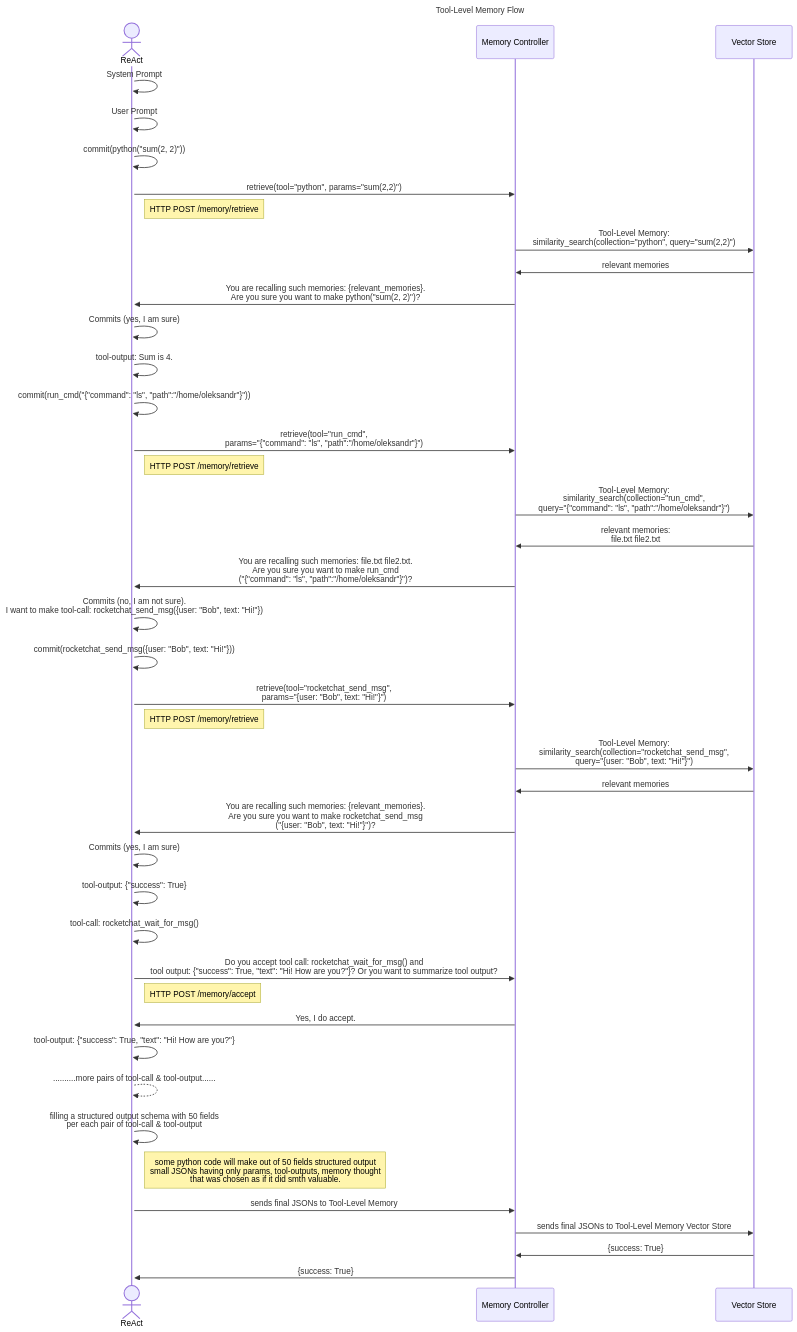
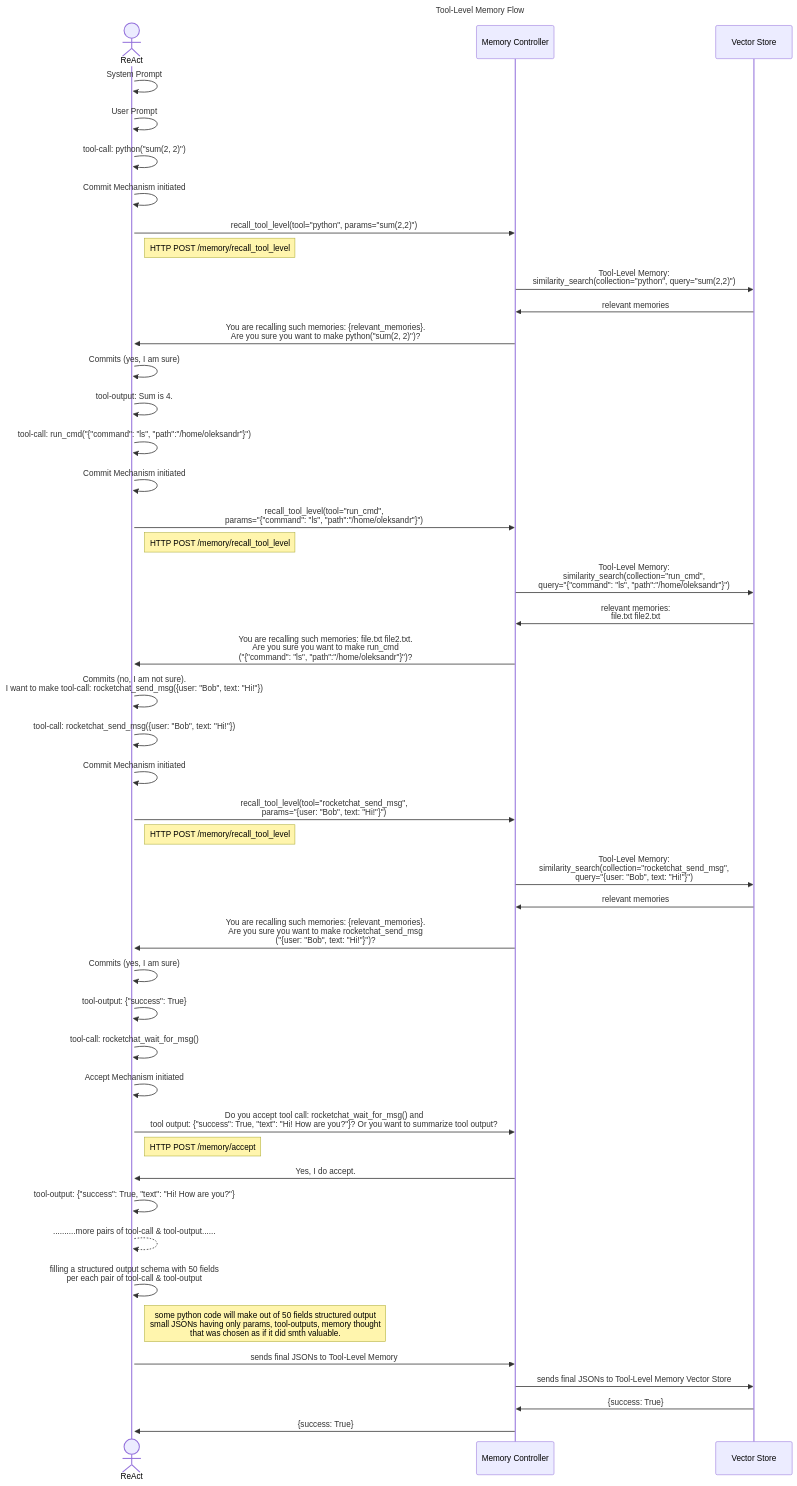
Before and after one commit to oshulha/agentic_playground: the diagram in agent_memory/my_memory_spec.md, drawn with Mermaid. The commit also changed other lines of this file and 1 other file, not shown here.

Commit message:
Intermediate Changes In Tool-Level Memory

````diff
--- a/agent_memory/my_memory_spec.md
+++ b/agent_memory/my_memory_spec.md
@@ -8,76 +195,81 @@
 ```mermaid
 %%{init: {'themeVariables': { 
     'fontSize': '28px',
     'sequenceNumberFontSize': '28px',
 }}}%%
 sequenceDiagram
     title Tool-Level Memory Flow
 
     actor ReAct
     participant MC as Memory Controller
     participant VS as Vector Store
 
     activate ReAct
 
     ReAct->>ReAct: System Prompt
     ReAct->>ReAct: User Prompt
-    ReAct->>ReAct: commit(python("sum(2, 2)"))
+    ReAct->>ReAct: tool-call: python("sum(2, 2)")
+    ReAct->>ReAct: Commit Mechanism initiated
 
-    ReAct->>MC: retrieve(tool="python", params="sum(2,2)")
-    Note right of ReAct: HTTP POST /memory/retrieve
+    ReAct->>MC: recall_tool_level(tool="python", params="sum(2,2)")
+    Note right of ReAct: HTTP POST /memory/recall_tool_level
 
     MC->>VS: Tool-Level Memory:<br/>similarity_search(collection="python", query="sum(2,2)")
     VS->>MC: relevant memories
 
     MC->>ReAct: You are recalling such memories: {relevant_memories}.<br/>Are you sure you want to make python("sum(2, 2)")?
 
     ReAct->>ReAct: Commits (yes, I am sure)
     ReAct->>ReAct: tool-output: Sum is 4.
 
-    ReAct->>ReAct: commit(run_cmd("{"command": "ls", "path":"/home/oleksandr"}"))
+    ReAct->>ReAct: tool-call: run_cmd("{"command": "ls", "path":"/home/oleksandr"}")
 
-    ReAct->>MC: retrieve(tool="run_cmd",<br/>params="{"command": "ls", "path":"/home/oleksandr"}")
-    Note right of ReAct: HTTP POST /memory/retrieve
+    ReAct->>ReAct: Commit Mechanism initiated
+
+    ReAct->>MC: recall_tool_level(tool="run_cmd",<br/>params="{"command": "ls", "path":"/home/oleksandr"}")
+    Note right of ReAct: HTTP POST /memory/recall_tool_level
 
     MC->>VS: Tool-Level Memory:<br/>similarity_search(collection="run_cmd",<br/>query="{"command": "ls", "path":"/home/oleksandr"}")
 
     VS->>MC: relevant memories:<br/>file.txt file2.txt
 
     MC->>ReAct: You are recalling such memories: file.txt file2.txt.<br/>Are you sure you want to make run_cmd<br/>("{"command": "ls", "path":"/home/oleksandr"}")?
 
     ReAct->>ReAct: Commits (no, I am not sure).<br/>I want to make tool-call: rocketchat_send_msg({user: "Bob", text: "Hi!"})
 
-    ReAct->>ReAct: commit(rocketchat_send_msg({user: "Bob", text: "Hi!"}))
+    ReAct->>ReAct: tool-call: rocketchat_send_msg({user: "Bob", text: "Hi!"})
+    ReAct->>ReAct: Commit Mechanism initiated
 
-    ReAct->>MC: retrieve(tool="rocketchat_send_msg",<br/>params="{user: "Bob", text: "Hi!"}")
-    Note right of ReAct: HTTP POST /memory/retrieve
+    ReAct->>MC: recall_tool_level(tool="rocketchat_send_msg",<br/>params="{user: "Bob", text: "Hi!"}")
+    Note right of ReAct: HTTP POST /memory/recall_tool_level
 
     MC->>VS: Tool-Level Memory:<br/>similarity_search(collection="rocketchat_send_msg",<br/>query="{user: "Bob", text: "Hi!"}")
 
     VS->>MC: relevant memories
 
     MC->>ReAct: You are recalling such memories: {relevant_memories}.<br/>Are you sure you want to make rocketchat_send_msg<br/>("{user: "Bob", text: "Hi!"}")?
 
     ReAct->>ReAct: Commits (yes, I am sure)
     ReAct->>ReAct: tool-output: {"success": True}
 
     ReAct->>ReAct: tool-call: rocketchat_wait_for_msg()
+    ReAct->>ReAct: Accept Mechanism initiated
 
     ReAct->>MC: Do you accept tool call: rocketchat_wait_for_msg() and<br/> tool output: {"success": True, "text": "Hi! How are you?"}? Or you want to summarize tool output?
     Note right of ReAct: HTTP POST /memory/accept
 
     MC->>ReAct: Yes, I do accept.
 
     ReAct->>ReAct: tool-output: {"success": True, "text": "Hi! How are you?"}
 
     ReAct-->>ReAct: ..........more pairs of tool-call & tool-output......
 
     ReAct->>ReAct: filling a structured output schema with 50 fields<br/>per each pair of tool-call & tool-output
 
     Note right of ReAct: some python code will make out of 50 fields structured output<br/>small JSONs having only params, tool-outputs, memory thought<br/>that was chosen as if it did smth valuable.
 
     ReAct->>MC: sends final JSONs to Tool-Level Memory
     MC->>VS: sends final JSONs to Tool-Level Memory Vector Store
     VS->>MC: {success: True}
     MC->>ReAct: {success: True}
 ```
````
